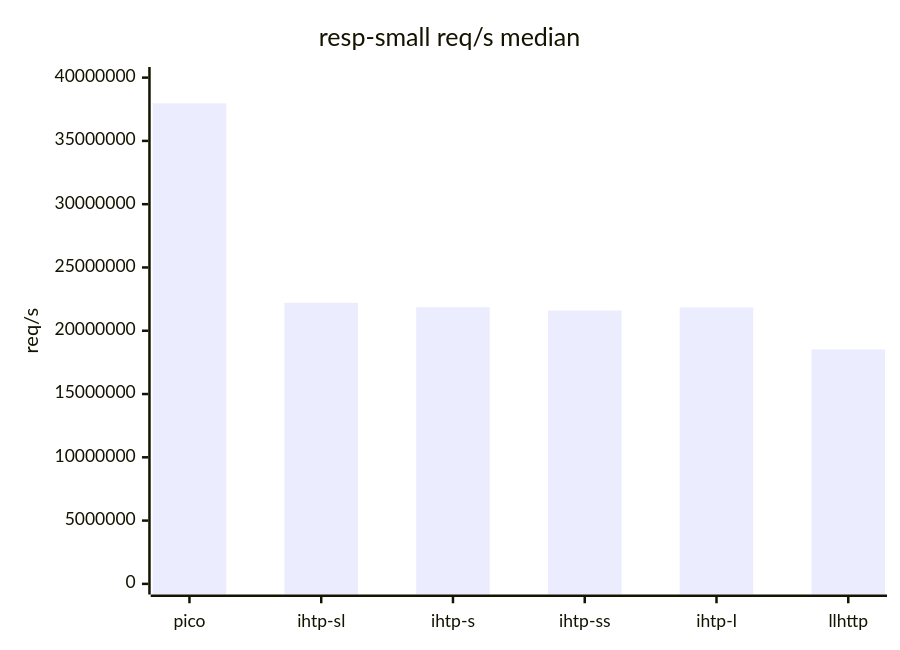
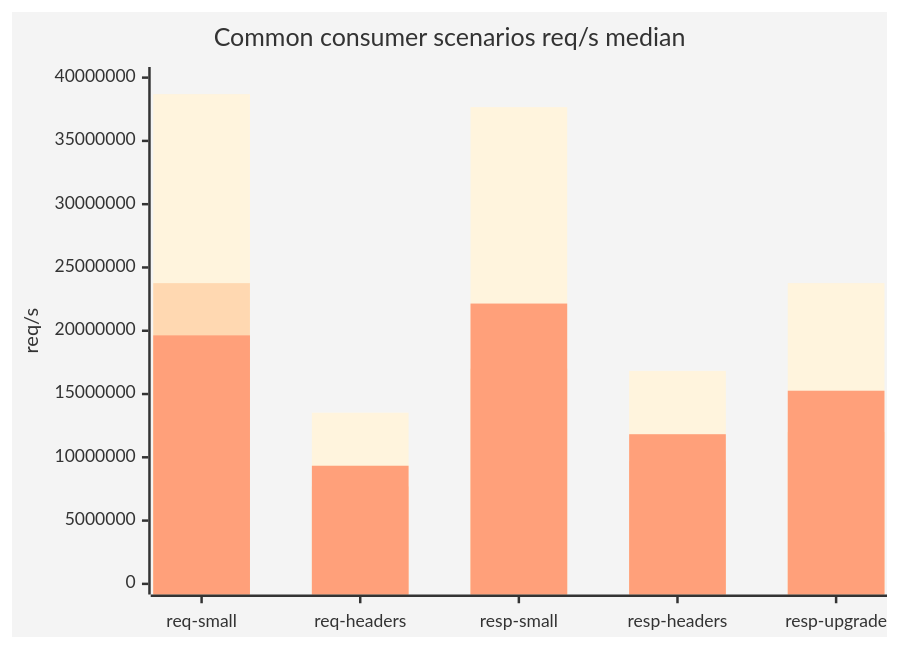
One commit to ioplane/iohttpparser changed the first of 2 diagrams in docs/en/09-test-results.md. Above: the diagram before and after it, drawn with Mermaid. The commit also changed other lines of this file and 3 other files, not shown here.

````diff
--- a/docs/en/09-test-results.md
+++ b/docs/en/09-test-results.md
@@ -161,7 +116,10 @@
 ```mermaid
+%%{init: {'theme':'base','themeVariables': {'plotColorPalette':'#2563eb,#dc2626,#059669'}}}%%
 xychart-beta
-    title "resp-small req/s median"
-    x-axis ["pico", "ihtp-sl", "ihtp-s", "ihtp-ss", "ihtp-l", "llhttp"]
+    title "Common consumer scenarios req/s median"
+    x-axis ["req-small", "req-headers", "resp-small", "resp-headers", "resp-upgrade"]
     y-axis "req/s" 0 --> 40000000
-    bar [37967472.13, 22206618.37, 21862006.79, 21599111.84, 21841803.53, 18525103.51]
+    bar [38695677.07, 13525043.61, 37669387.46, 16830116.55, 23766424.53]
+    bar [23759749.96, 7702701.60, 17006629.18, 9694390.17, 11994313.02]
+    bar [19635405.86, 9334685.68, 22148835.75, 11824577.19, 15261886.34]
 ```
````
